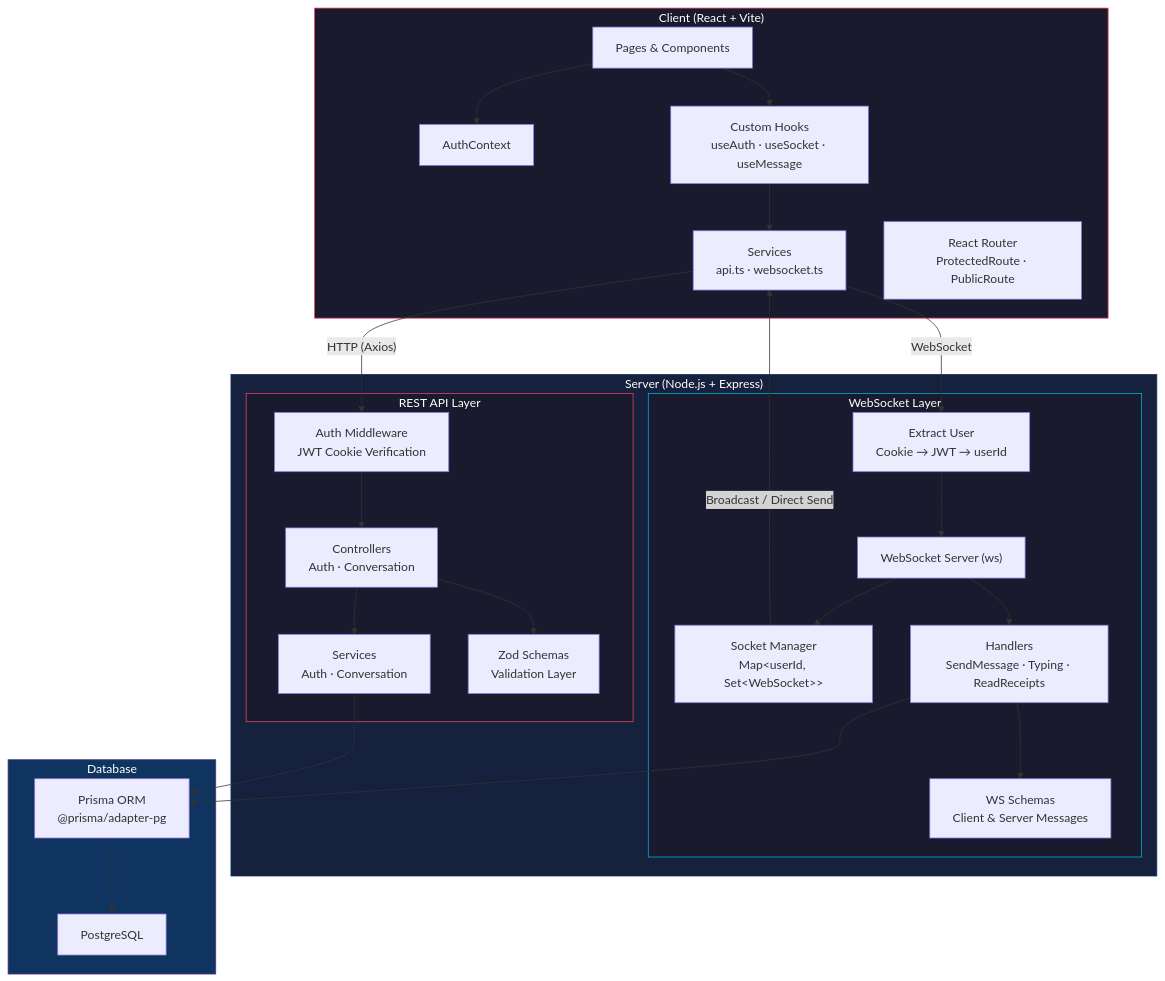
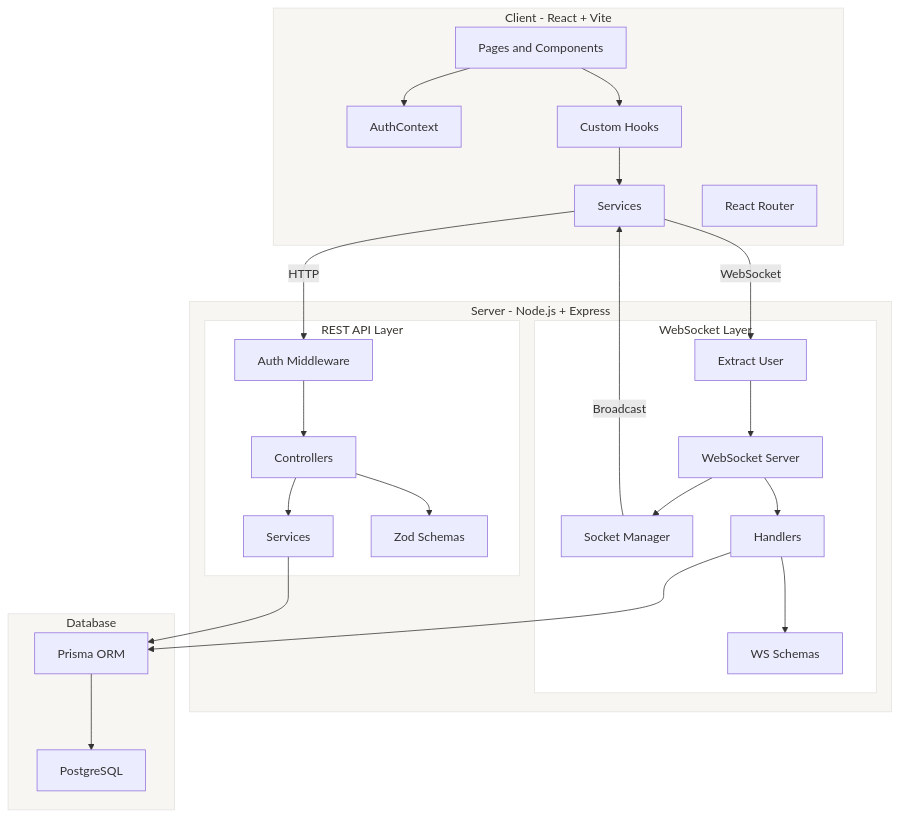
Before and after one commit to Abhishek8841/echo: the first of 2 diagrams in README.md, drawn with Mermaid. The commit also changed other lines of this file and 12 other files, not shown here.

````diff
--- a/README.md
+++ b/README.md
@@ -59,55 +65,55 @@
 ```mermaid
 graph TB
-    subgraph Client["Client (React + Vite)"]
-        UI["Pages & Components"]
+    subgraph Client["Client - React + Vite"]
+        UI["Pages and Components"]
         CTX["AuthContext"]
-        HOOKS["Custom Hooks<br/>useAuth · useSocket · useMessage"]
-        SERVICES["Services<br/>api.ts · websocket.ts"]
-        ROUTER["React Router<br/>ProtectedRoute · PublicRoute"]
+        HOOKS["Custom Hooks"]
+        SERVICES["Services"]
+        ROUTER["React Router"]
     end
 
-    subgraph Server["Server (Node.js + Express)"]
+    subgraph Server["Server - Node.js + Express"]
         subgraph HTTP["REST API Layer"]
-            MW["Auth Middleware<br/>JWT Cookie Verification"]
-            CTRL["Controllers<br/>Auth · Conversation"]
-            SVC["Services<br/>Auth · Conversation"]
-            SCHEMA["Zod Schemas<br/>Validation Layer"]
+            MW["Auth Middleware"]
+            CTRL["Controllers"]
+            SVC["Services"]
+            SCHEMA["Zod Schemas"]
         end
 
         subgraph WS["WebSocket Layer"]
-            WSS["WebSocket Server (ws)"]
-            SM["Socket Manager<br/>Map&lt;userId, Set&lt;WebSocket&gt;&gt;"]
-            HANDLERS["Handlers<br/>SendMessage · Typing · ReadReceipts"]
-            WS_SCHEMA["WS Schemas<br/>Client & Server Messages"]
-            EXTRACT["Extract User<br/>Cookie → JWT → userId"]
+            WSS["WebSocket Server"]
+            SM["Socket Manager"]
+            HANDLERS["Handlers"]
+            WS_SCHEMA["WS Schemas"]
+            EXTRACT["Extract User"]
         end
     end
 
     subgraph DB["Database"]
         PG["PostgreSQL"]
-        PRISMA["Prisma ORM<br/>@prisma/adapter-pg"]
+        PRISMA["Prisma ORM"]
     end
 
     UI --> CTX
     UI --> HOOKS
     HOOKS --> SERVICES
-    SERVICES -->|"HTTP (Axios)"| MW
+    SERVICES -->|"HTTP"| MW
     SERVICES -->|"WebSocket"| EXTRACT
     MW --> CTRL
     CTRL --> SCHEMA
     CTRL --> SVC
     EXTRACT --> WSS
     WSS --> SM
     WSS --> HANDLERS
     HANDLERS --> WS_SCHEMA
     SVC --> PRISMA
     HANDLERS --> PRISMA
     PRISMA --> PG
-    SM -->|"Broadcast / Direct Send"| SERVICES
+    SM -->|"Broadcast"| SERVICES
 
-    style Client fill:#1a1a2e,stroke:#e94560,color:#fff
-    style Server fill:#16213e,stroke:#0f3460,color:#fff
-    style DB fill:#0f3460,stroke:#533483,color:#fff
-    style HTTP fill:#1a1a2e,stroke:#e94560,color:#fff
-    style WS fill:#1a1a2e,stroke:#00b4d8,color:#fff
+    style Client fill:#f7f6f3,stroke:#e3e2de,color:#37352f
+    style Server fill:#f7f6f3,stroke:#e3e2de,color:#37352f
+    style DB fill:#f7f6f3,stroke:#e3e2de,color:#37352f
+    style HTTP fill:#ffffff,stroke:#e3e2de,color:#37352f
+    style WS fill:#ffffff,stroke:#e3e2de,color:#37352f
 ```
````
